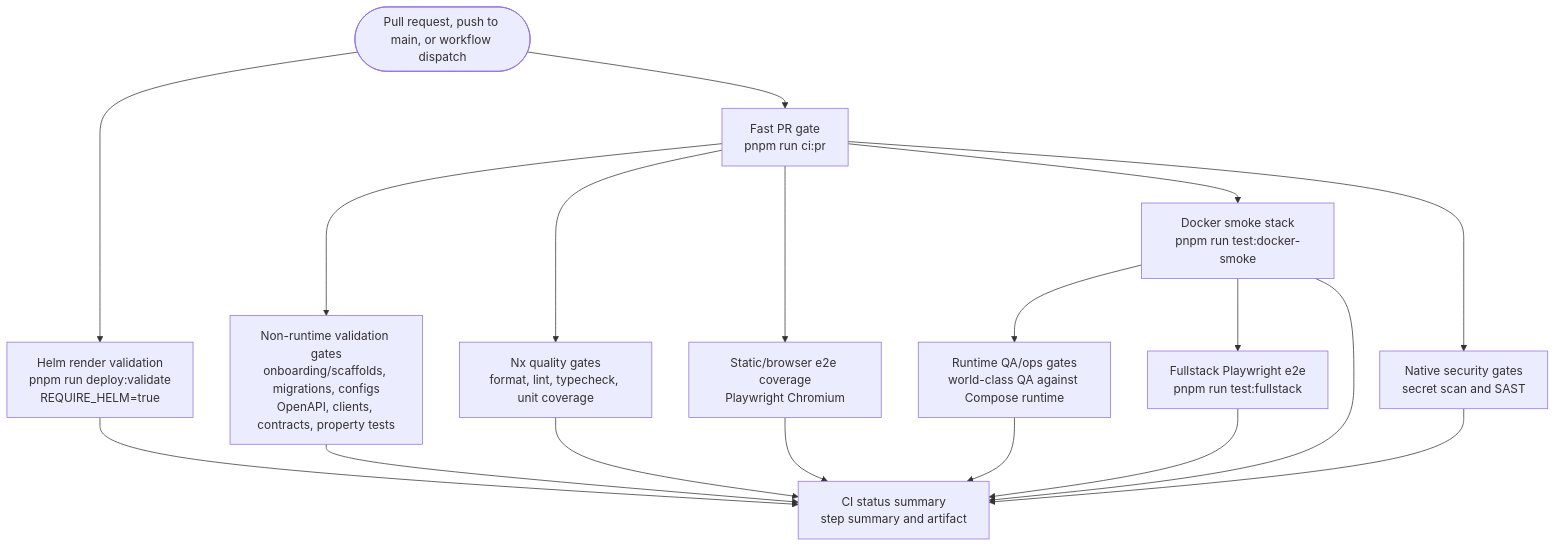
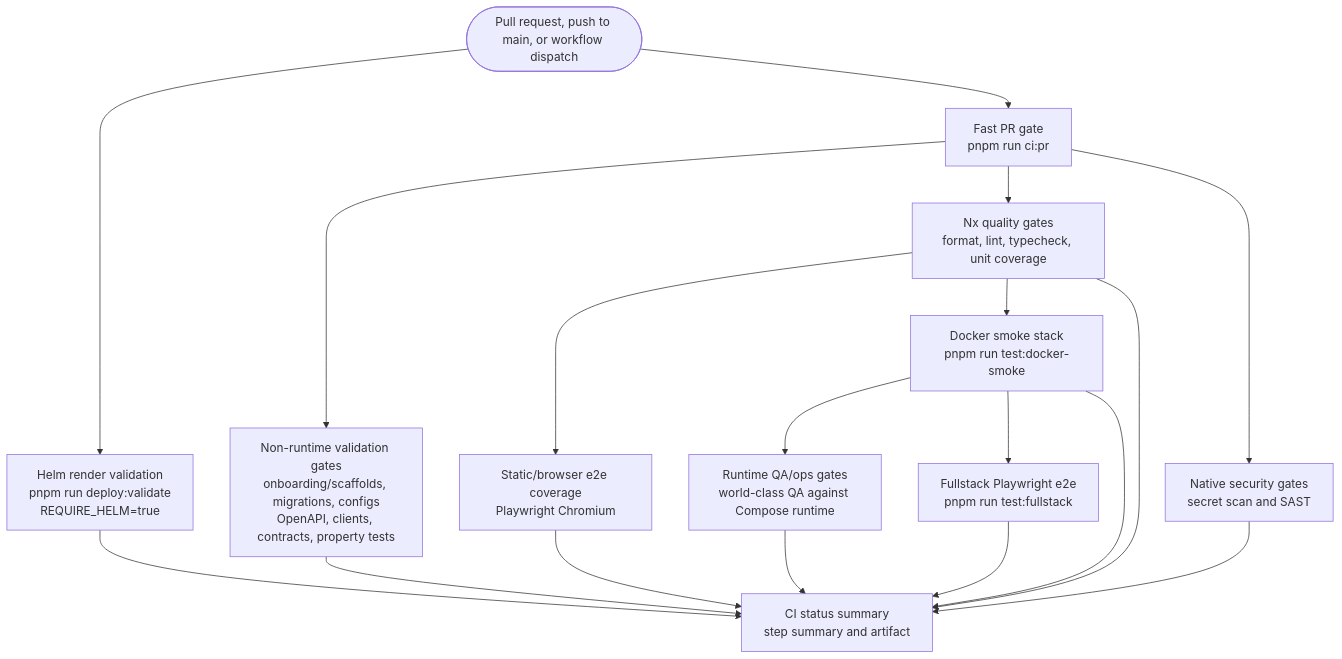
Before and after one commit to nmime/nest-react-boilerplate: the diagram in docs/ci-observability.md, drawn with Mermaid. The commit also changed other lines of this file and 160 other files, not shown here.

````diff
--- a/docs/ci-observability.md
+++ b/docs/ci-observability.md
@@ -29,31 +29,31 @@
 ```mermaid
 flowchart TD
   start([Pull request, push to main, or workflow dispatch])
   helm[Helm render validation<br/>pnpm run deploy:validate<br/>REQUIRE_HELM=true]
   fast[Fast PR gate<br/>pnpm run ci:pr]
   nonruntime[Non-runtime validation gates<br/>onboarding/scaffolds, migrations, configs<br/>OpenAPI, clients, contracts, property tests]
   quality[Nx quality gates<br/>format, lint, typecheck, unit coverage]
   browser[Static/browser e2e coverage<br/>Playwright Chromium]
   docker[Docker smoke stack<br/>pnpm run test:docker-smoke]
   security[Native security gates<br/>secret scan and SAST]
   ops[Runtime QA/ops gates<br/>world-class QA against Compose runtime]
   fullstack[Fullstack Playwright e2e<br/>pnpm run test:fullstack]
   summary[CI status summary<br/>step summary and artifact]
   start --> helm
   start --> fast
   fast --> nonruntime
   fast --> quality
-  fast --> browser
-  fast --> docker
+  quality --> browser
+  quality --> docker
   fast --> security
   docker --> ops
   docker --> fullstack
   helm --> summary
   nonruntime --> summary
   quality --> summary
   browser --> summary
   docker --> summary
   security --> summary
   ops --> summary
   fullstack --> summary
 ```
````
